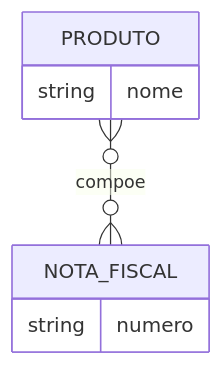
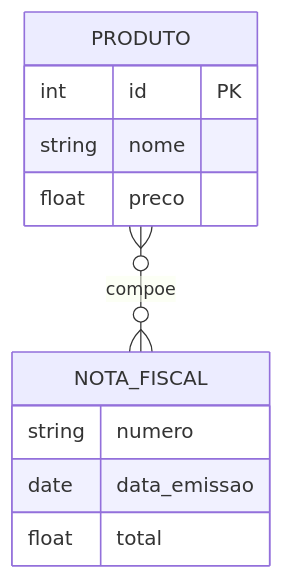
One commit to myerco/CafeGeek changed the ninth of 9 diagrams in docs/content/_aulas/banco-de-dados/modelo-de-dados/integridade-referencial-e-cardinalidade.md. Above: the diagram before and after it, drawn with Mermaid. The commit also changed other lines of this file and 6 other files, not shown here.

```diff
--- a/docs/content/_aulas/banco-de-dados/modelo-de-dados/integridade-referencial-e-cardinalidade.md
+++ b/docs/content/_aulas/banco-de-dados/modelo-de-dados/integridade-referencial-e-cardinalidade.md
@@ -256,10 +254,14 @@
 <div class="mermaid">
 erDiagram
     PRODUTO }o--o{ NOTA_FISCAL : compoe
     PRODUTO {
-      string nome
+     int id PK  
+     string nome
+     float preco
     }
     NOTA_FISCAL {
       string numero
+      date data_emissao
+      float total
     }
 </div>
```
